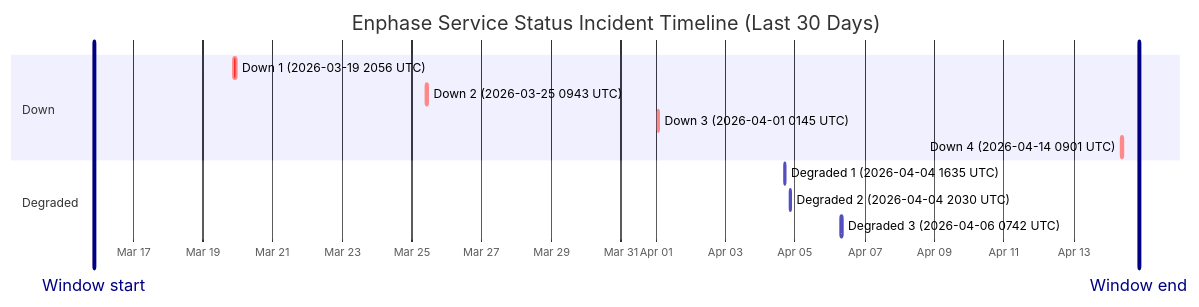
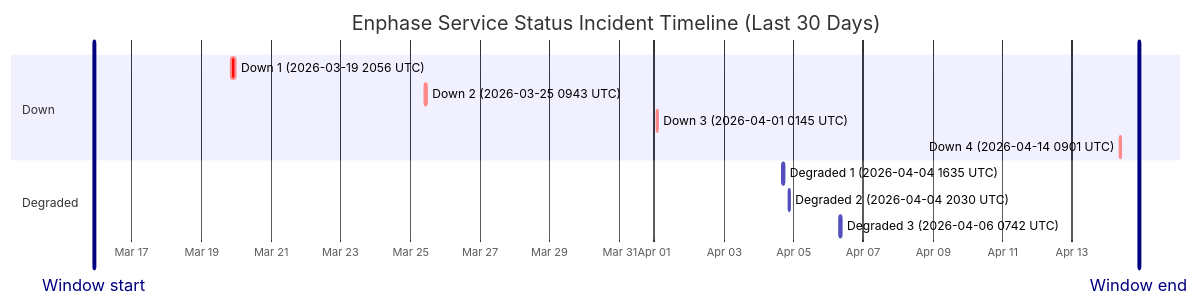
Before and after one commit to barneyonline/ha-enphase-ev-charger: the diagram in wiki/Service-Status-History.md, drawn with Mermaid. The commit also changed other lines of this file and 3 other files, not shown here.

````diff
--- a/wiki/Service-Status-History.md
+++ b/wiki/Service-Status-History.md
@@ -14,17 +14,17 @@
 ```mermaid
 gantt
     title Enphase Service Status Incident Timeline (Last 30 Days)
     dateFormat  YYYY-MM-DDTHH:mm:ss
     axisFormat  %b %d
-    Window start :vert, window-start, 2026-03-15T20:53:16, 0ms
-    Window end :vert, window-end, 2026-04-14T20:53:16, 0ms
+    Window start :vert, window-start, 2026-03-15T21:51:42, 0ms
+    Window end :vert, window-end, 2026-04-14T21:51:42, 0ms
     section Down
     Down 1 (2026-03-19 2056 UTC) :crit, down-1, 2026-03-19T20:56:20, 145m
     Down 2 (2026-03-25 0943 UTC) :crit, down-2, 2026-03-25T09:43:28, 111m
     Down 3 (2026-04-01 0145 UTC) :crit, down-3, 2026-04-01T01:45:09, 60m
     Down 4 (2026-04-14 0901 UTC) :crit, down-4, 2026-04-14T09:01:13, 60m
     section Degraded
     Degraded 1 (2026-04-04 1635 UTC) :active, degraded-1, 2026-04-04T16:35:17, 60m
     Degraded 2 (2026-04-04 2030 UTC) :active, degraded-2, 2026-04-04T20:30:40, 60m
     Degraded 3 (2026-04-06 0742 UTC) :active, degraded-3, 2026-04-06T07:42:09, 85m
 ```
````
